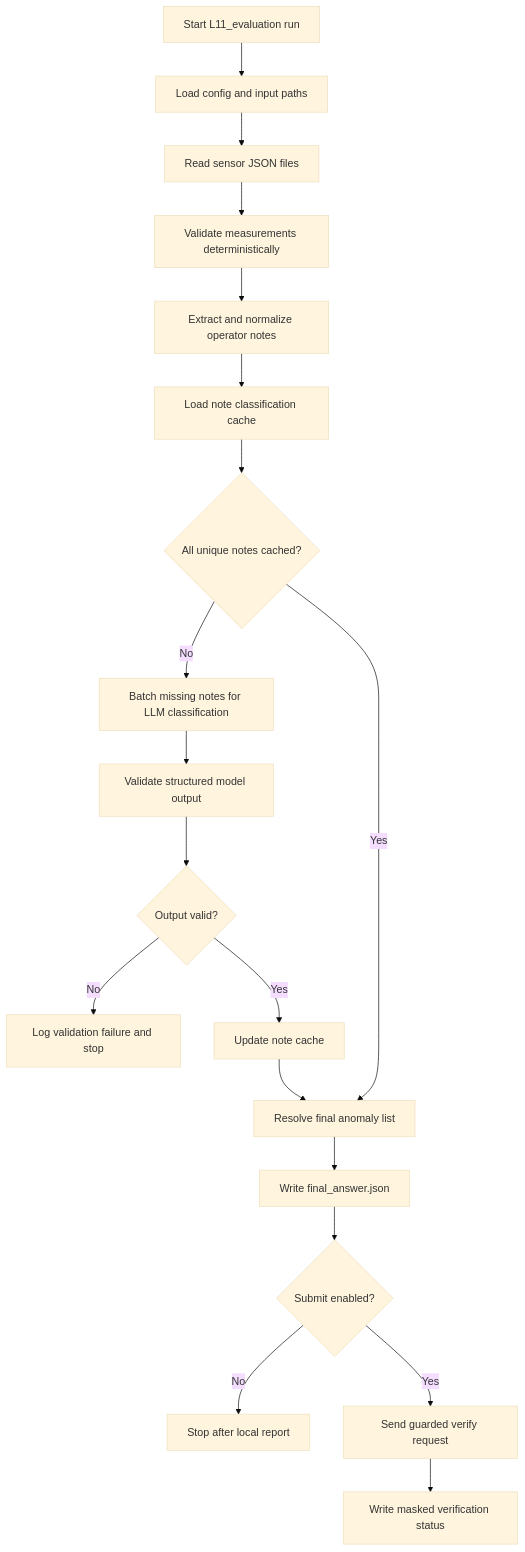
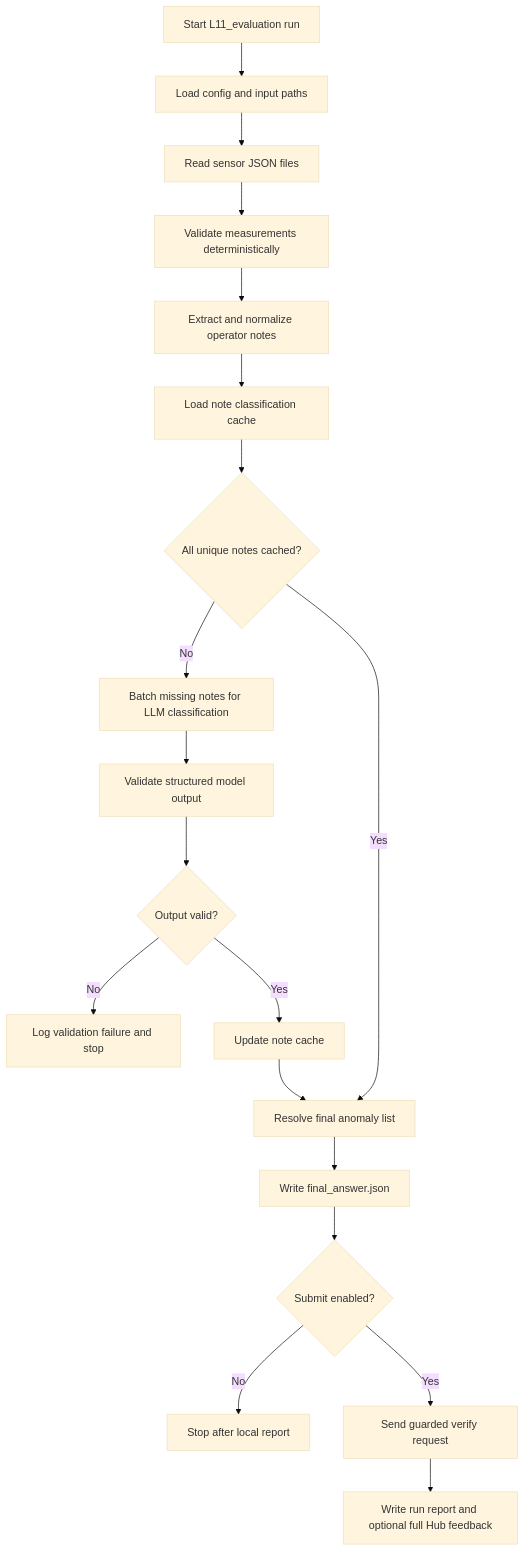
Before and after one commit to jarsonX/ai_devs4: the diagram in src/apps/L11_evaluation/docs/L11_EVALUATION_README.md, drawn with Mermaid (base theme). The commit also changed other lines of this file and 12 other files, not shown here.

````diff
--- a/src/apps/L11_evaluation/docs/L11_EVALUATION_README.md
+++ b/src/apps/L11_evaluation/docs/L11_EVALUATION_README.md
@@ -173,21 +181,21 @@
 ```mermaid
 flowchart TD
     A[Start L11_evaluation run] --> B[Load config and input paths]
     B --> C[Read sensor JSON files]
     C --> D[Validate measurements deterministically]
     D --> E[Extract and normalize operator notes]
     E --> F[Load note classification cache]
     F --> G{All unique notes cached?}
     G -- No --> H[Batch missing notes for LLM classification]
     H --> I[Validate structured model output]
     I --> J{Output valid?}
     J -- No --> K[Log validation failure and stop]
     J -- Yes --> L[Update note cache]
     G -- Yes --> M[Resolve final anomaly list]
     L --> M
     M --> N[Write final_answer.json]
     N --> O{Submit enabled?}
     O -- No --> P[Stop after local report]
     O -- Yes --> Q[Send guarded verify request]
-    Q --> R[Write masked verification status]
+    Q --> R[Write run report and optional full Hub feedback]
 ```
````
